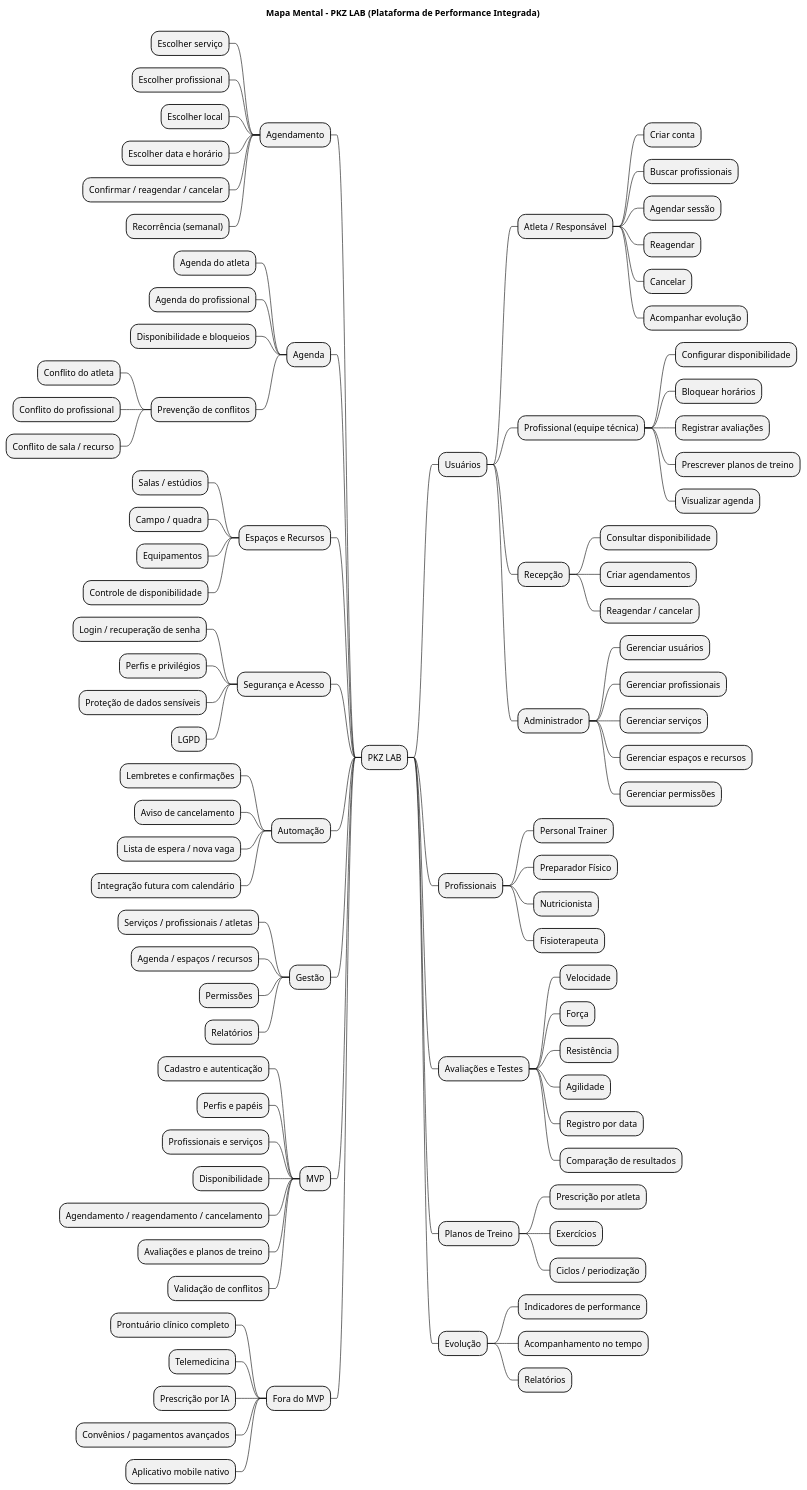
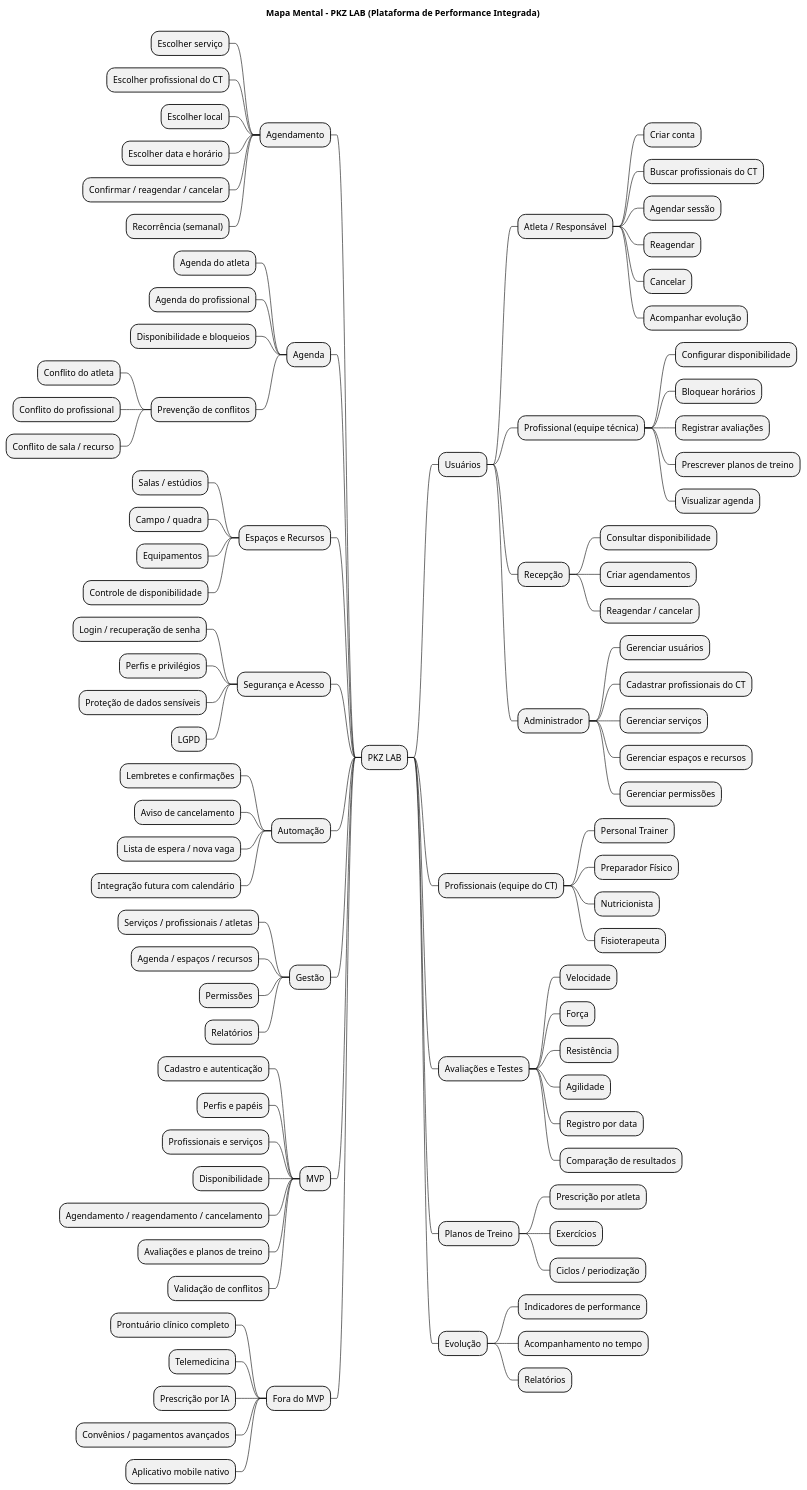
Before and after one commit to Projetos-de-Extensao/PECDII_26.2_8001_II: the diagram in docs/Iniciacao/mapa_mental.md, drawn with PlantUML. The commit also changed other lines of this file and 8 other files, not shown here.

```diff
--- a/docs/Iniciacao/mapa_mental.md
+++ b/docs/Iniciacao/mapa_mental.md
@@ -29,7 +29,7 @@
 ** Usuários
 *** Atleta / Responsável
 **** Criar conta
-**** Buscar profissionais
+**** Buscar profissionais do CT
 **** Agendar sessão
 **** Reagendar
 **** Cancelar
@@ -46,12 +46,12 @@
 **** Reagendar / cancelar
 *** Administrador
 **** Gerenciar usuários
-**** Gerenciar profissionais
+**** Cadastrar profissionais do CT
 **** Gerenciar serviços
 **** Gerenciar espaços e recursos
 **** Gerenciar permissões
 
-** Profissionais
+** Profissionais (equipe do CT)
 *** Personal Trainer
 *** Preparador Físico
 *** Nutricionista
@@ -79,7 +79,7 @@
 
 ** Agendamento
 *** Escolher serviço
-*** Escolher profissional
+*** Escolher profissional do CT
 *** Escolher local
 *** Escolher data e horário
 *** Confirmar / reagendar / cancelar
```
